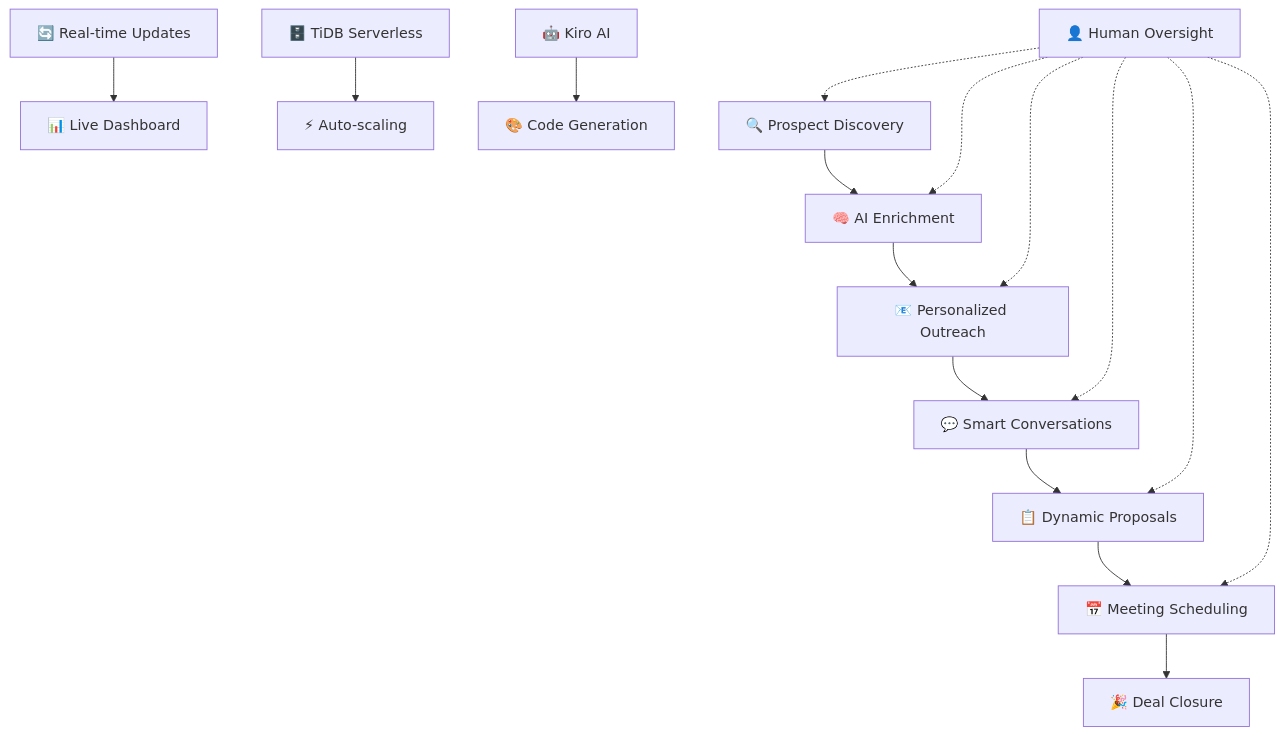
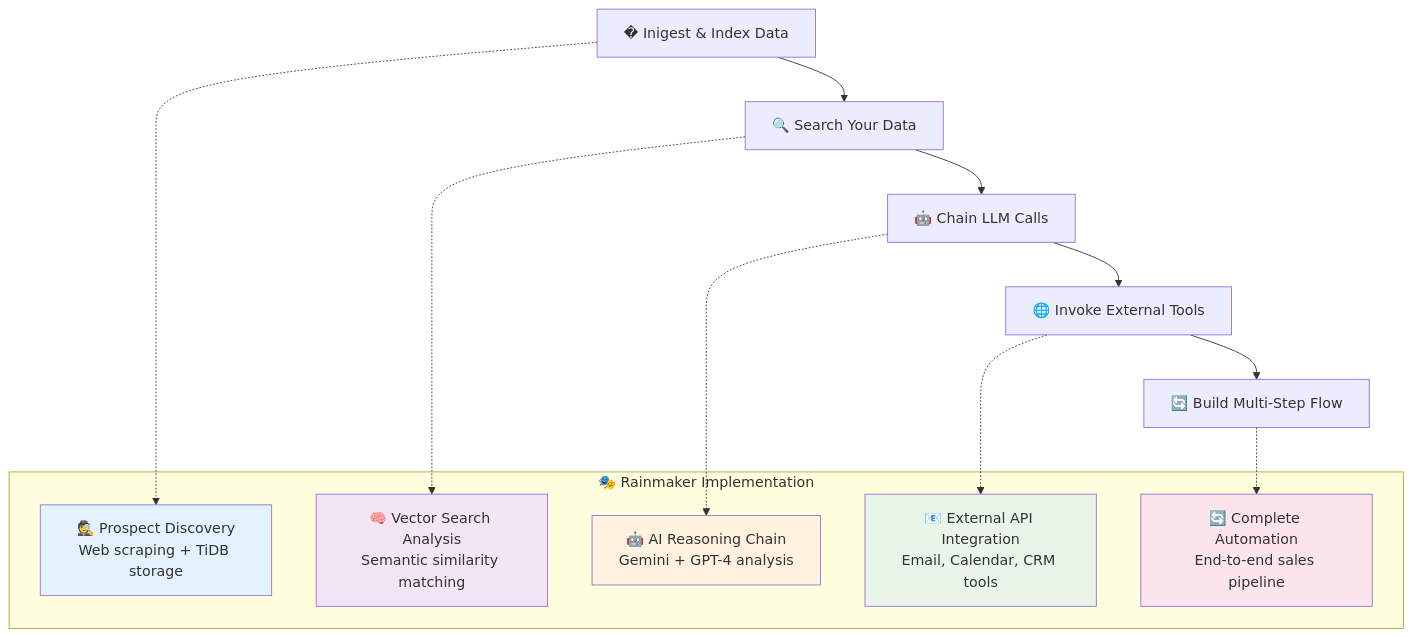
One commit to victorbash400/Rainmaker changed the first of 3 diagrams in README.md. Above: the diagram before and after it, drawn with Mermaid. The commit also changed other lines of this file and 40 other files, not shown here.

````diff
--- a/README.md
+++ b/README.md
@@ -12,20 +27,27 @@
 ```mermaid
 graph TB
-    A[🔍 Prospect Discovery] --> B[🧠 AI Enrichment]
-    B --> C[📧 Personalized Outreach]
-    C --> D[💬 Smart Conversations]
-    D --> E[📋 Dynamic Proposals]
-    E --> F[📅 Meeting Scheduling]
-    F --> G[🎉 Deal Closure]
+    A[� Inigest & Index Data] --> B[🔍 Search Your Data]
+    B --> C[🤖 Chain LLM Calls]
+    C --> D[🌐 Invoke External Tools]
+    D --> E[🔄 Build Multi-Step Flow]
     
-    H[👤 Human Oversight] -.-> A
-    H -.-> B
-    H -.-> C
-    H -.-> D
-    H -.-> E
-    H -.-> F
+    subgraph "🎭 Rainmaker Implementation"
+        F[🕵️ Prospect Discovery<br/>Web scraping + TiDB storage]
+        G[🧠 Vector Search Analysis<br/>Semantic similarity matching]
+        H[🤖 AI Reasoning Chain<br/>Gemini + GPT-4 analysis]
+        I[📧 External API Integration<br/>Email, Calendar, CRM tools]
+        J[🔄 Complete Automation<br/>End-to-end sales pipeline]
+    end
     
-    I[🔄 Real-time Updates] --> J[📊 Live Dashboard]
-    K[🗄️ TiDB Serverless] --> L[⚡ Auto-scaling]
-    M[🤖 Kiro AI] --> N[🎨 Code Generation]
+    A -.-> F
+    B -.-> G
+    C -.-> H
+    D -.-> I
+    E -.-> J
+    
+    style F fill:#e3f2fd
+    style G fill:#f3e5f5
+    style H fill:#fff3e0
+    style I fill:#e8f5e8
+    style J fill:#fce4ec
 ```
````
